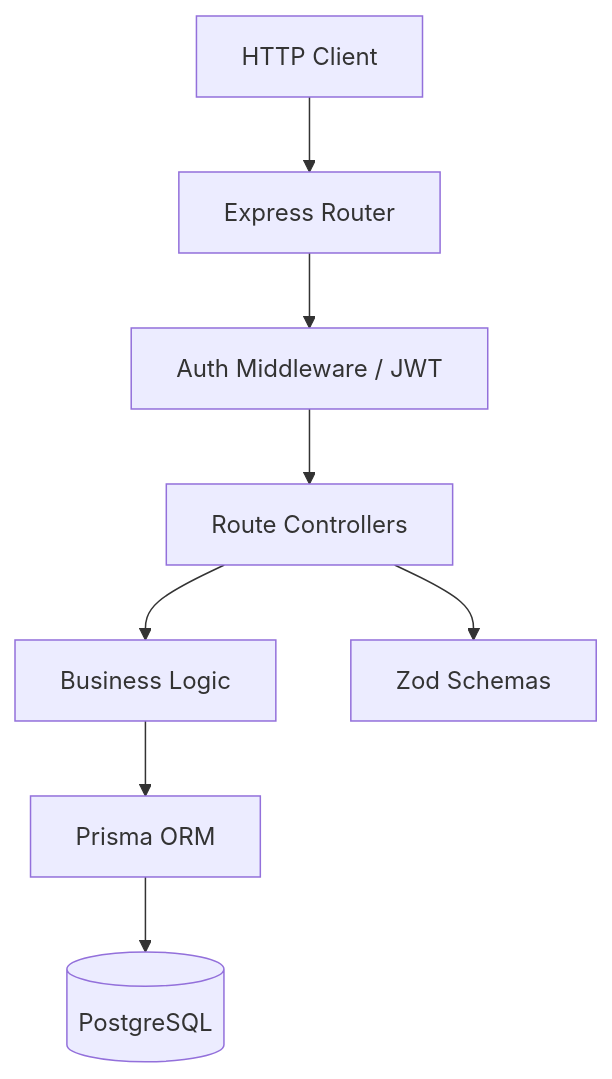
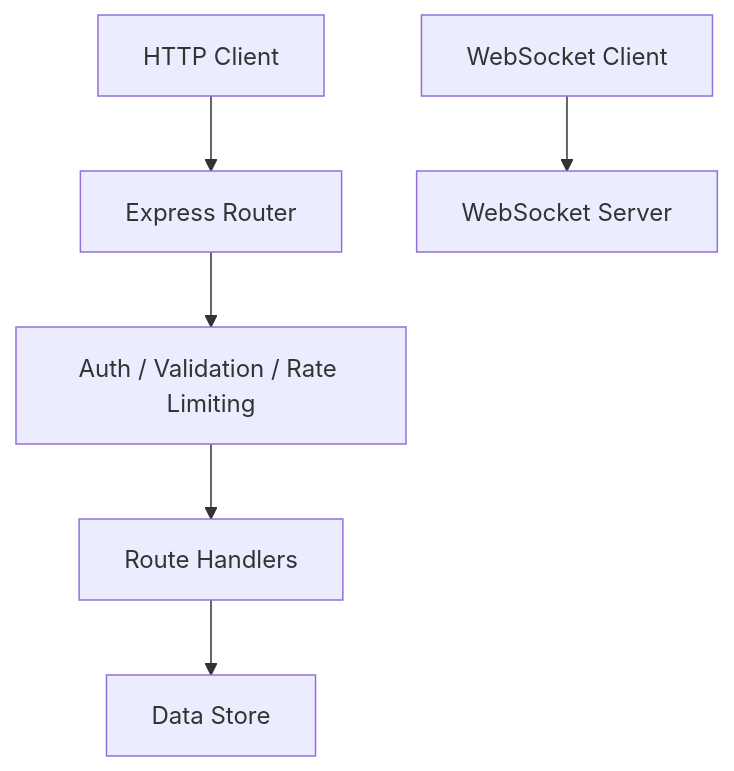
One commit to tapiwamakandigona/express-api-starter changed the diagram in README.md. Above: the diagram before and after it, drawn with Mermaid. The commit also changed other lines of this file and 4 other files, not shown here.

````diff
--- a/README.md
+++ b/README.md
@@ -36,10 +39,8 @@
 ```mermaid
 graph TD;
     Client[HTTP Client] --> Router[Express Router];
-    Router --> Middleware[Auth Middleware / JWT];
-    Middleware --> Controller[Route Controllers];
-    Controller --> Service[Business Logic];
-    Service --> Prisma[Prisma ORM];
-    Prisma --> DB[(PostgreSQL)];
-    Controller --> Validator[Zod Schemas];
+    Router --> Middleware[Auth / Validation / Rate Limiting];
+    Middleware --> Routes[Route Handlers];
+    Routes --> Store[Data Store];
+    WS[WebSocket Client] --> WSS[WebSocket Server];
 ```
````
